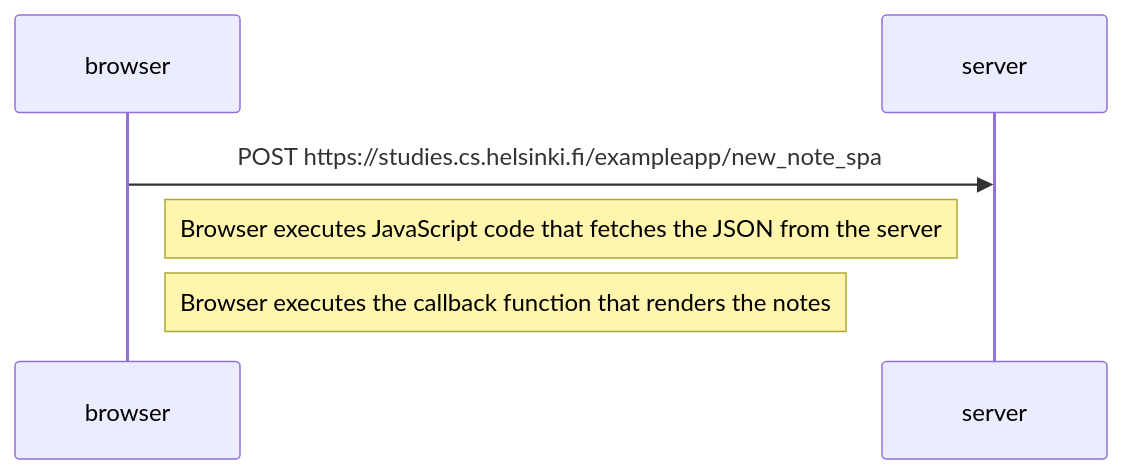
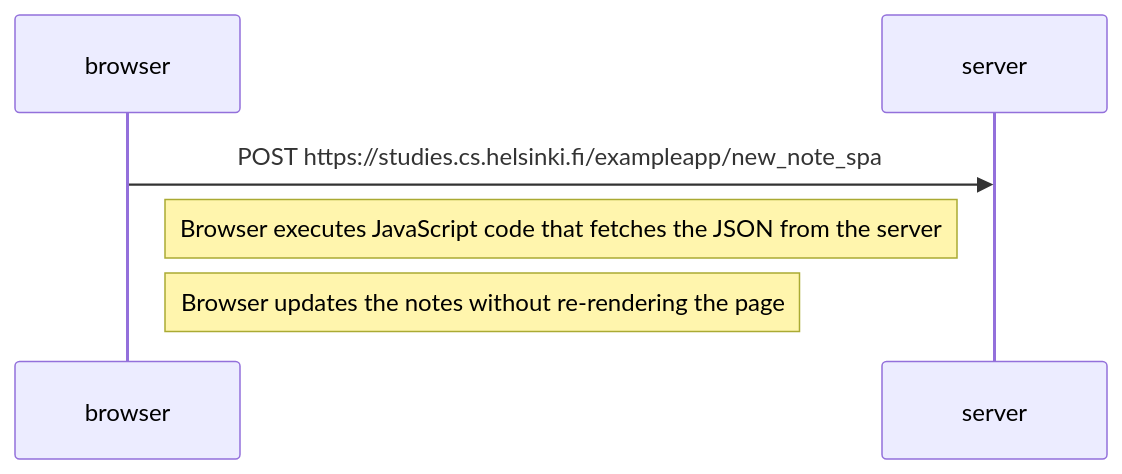
The diagram in part0/6NoteUsingSPA.md (bipan420/fullStackOpen), drawn with Mermaid before and after one commit.

````diff
--- a/part0/6NoteUsingSPA.md
+++ b/part0/6NoteUsingSPA.md
@@ -1,14 +1,14 @@
 ```mermaid
 sequenceDiagram
   participant browser
   participant server
   
   browser->>server: POST https://studies.cs.helsinki.fi/exampleapp/new_note_spa
   activate server
   
   Note right of browser: Browser executes JavaScript code that fetches the JSON from the server
   
-  Note right of browser: Browser executes the callback function that renders the notes 
+  Note right of browser: Browser updates the notes without re-rendering the page
   
 
 ```
````
